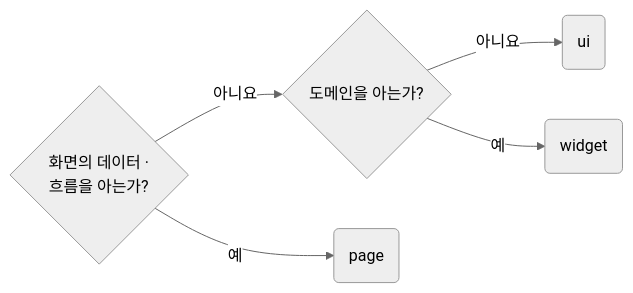
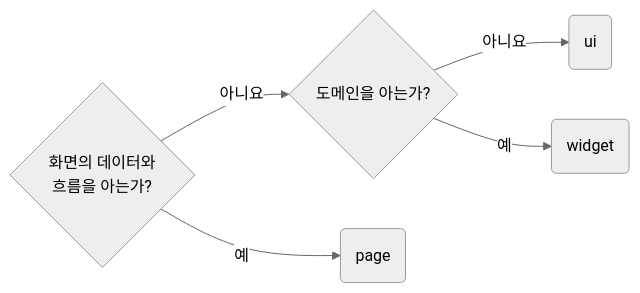
Before and after one commit to minu-ha/agent-conventions: the diagram in skill/react/rules/01-01-ownership-layer-component-boundaries.md, drawn with Mermaid (neutral theme). The commit also changed 14 other files, not shown here.

````diff
--- a/skill/react/rules/01-01-ownership-layer-component-boundaries.md
+++ b/skill/react/rules/01-01-ownership-layer-component-boundaries.md
@@ -23,6 +23,6 @@
 ```mermaid
 flowchart LR
-	q1{"화면의 데이터 ·<br>흐름을 아는가?"} -- 아니요 --> q2{"도메인을 아는가?"} -- 아니요 --> r3("ui")
+	q1{"화면의 데이터와<br>흐름을 아는가?"} -- 아니요 --> q2{"도메인을 아는가?"} -- 아니요 --> r3("ui")
 	q1 -- 예 --> r1("page")
 	q2 -- 예 --> r2("widget")
 ```
````
